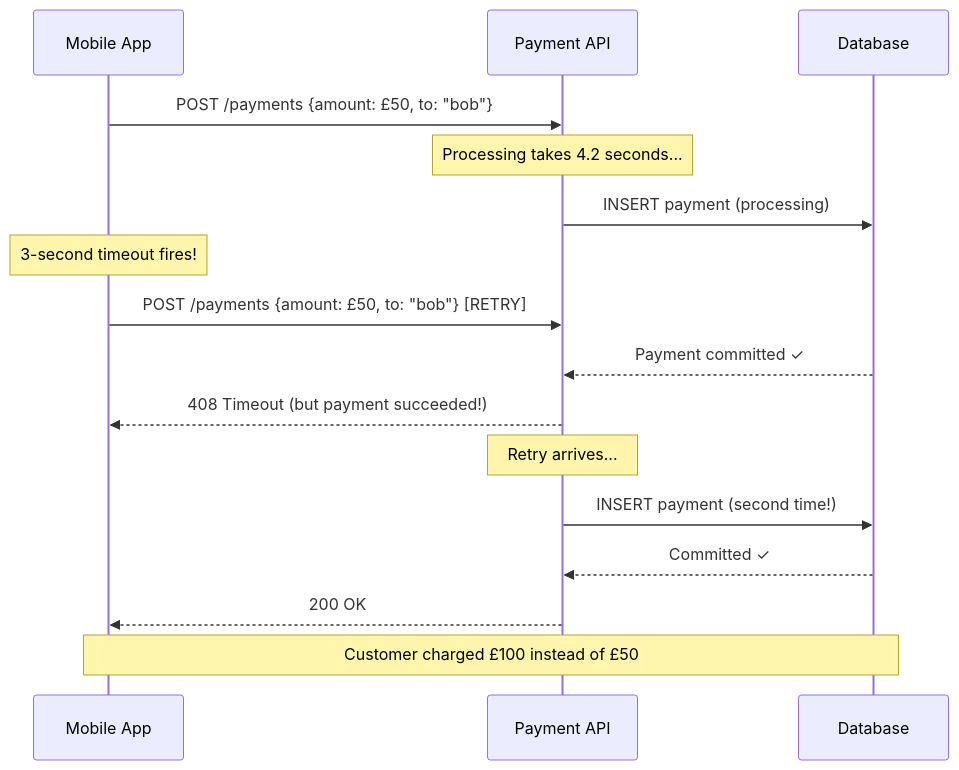
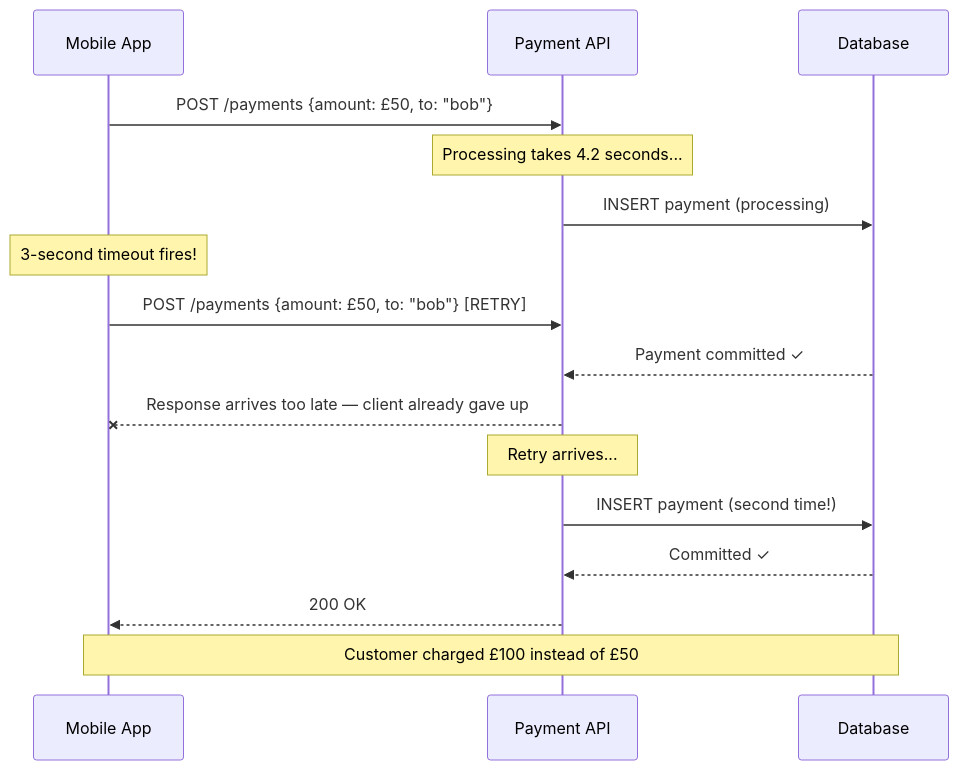
One commit to mostafasroor1983/fintech-engineering-mastery changed the first of 2 diagrams in docs/content/tracks/track-05-transaction-integrity/lesson-03-scenario-b-duplicate-payment/index.md. Above: the diagram before and after it, drawn with Mermaid. The commit also changed other lines of this file and 345 other files, not shown here.

````diff
--- a/docs/content/tracks/track-05-transaction-integrity/lesson-03-scenario-b-duplicate-payment/index.md
+++ b/docs/content/tracks/track-05-transaction-integrity/lesson-03-scenario-b-duplicate-payment/index.md
@@ -81,21 +81,21 @@
 ```mermaid
 sequenceDiagram
     participant Client as Mobile App
     participant API as Payment API
     participant DB as Database
 
     Client->>API: POST /payments {amount: £50, to: "bob"}
     Note over API: Processing takes 4.2 seconds...
     API->>DB: INSERT payment (processing)
     Note over Client: 3-second timeout fires!
     Client->>API: POST /payments {amount: £50, to: "bob"} [RETRY]
     DB-->>API: Payment committed ✓
-    API-->>Client: 408 Timeout (but payment succeeded!)
+    API--xClient: Response arrives too late — client already gave up
 
     Note over API: Retry arrives...
     API->>DB: INSERT payment (second time!)
     DB-->>API: Committed ✓
     API-->>Client: 200 OK
 
     Note over Client,DB: Customer charged £100 instead of £50
 ```
````
